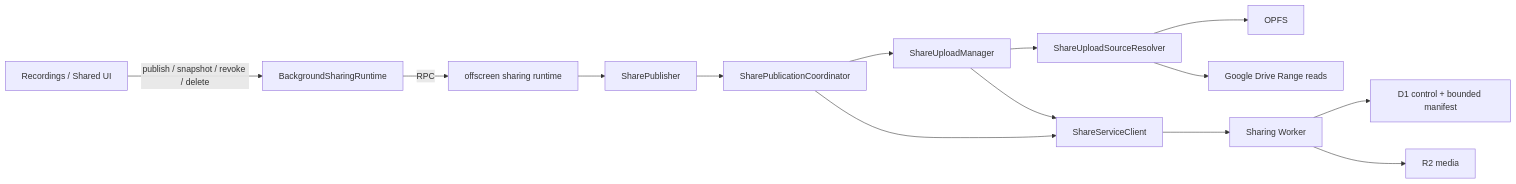
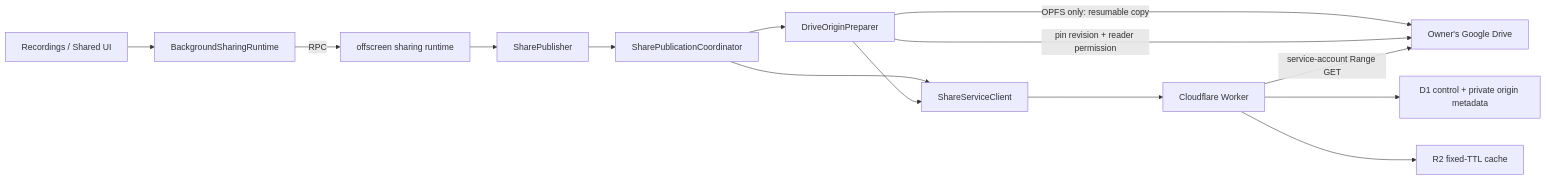
The first of 2 diagrams in src/sharing/README.md (kstroevsky/chrome-meeting-recording-extension), drawn with Mermaid before and after one commit. The commit also changed other lines of this file and 1 other file, not shown here.

Commit message:
Docs: Document Drive-backed sharing

````diff
--- a/src/sharing/README.md
+++ b/src/sharing/README.md
@@ -13,16 +11,16 @@
 ```mermaid
 flowchart LR
-    UI["Recordings / Shared UI"] -->|"publish / snapshot / revoke / delete"| BG["BackgroundSharingRuntime"]
-    BG -->|"RPC"| OS["offscreen sharing runtime"]
+    UI["Recordings / Shared UI"] --> BG["BackgroundSharingRuntime"]
+    BG -->|RPC| OS["offscreen sharing runtime"]
     OS --> PUB["SharePublisher"]
     PUB --> COORD["SharePublicationCoordinator"]
-    COORD --> UP["ShareUploadManager"]
-    UP --> SRC["ShareUploadSourceResolver"]
-    SRC --> OPFS["OPFS"]
-    SRC --> DRIVE["Google Drive Range reads"]
+    COORD --> ORIGIN["DriveOriginPreparer"]
+    ORIGIN -->|OPFS only: resumable copy| DRIVE["Owner's Google Drive"]
+    ORIGIN -->|pin revision + reader permission| DRIVE
     COORD --> API["ShareServiceClient"]
-    UP --> API
-    API --> WORKER["Sharing Worker"]
-    WORKER --> D1["D1 control + bounded manifest"]
-    WORKER --> R2["R2 media"]
+    ORIGIN --> API
+    API --> WORKER["Cloudflare Worker"]
+    WORKER --> D1["D1 control + private origin metadata"]
+    WORKER --> CACHE["R2 fixed-TTL cache"]
+    WORKER -->|service-account Range GET| DRIVE
 ```
````
